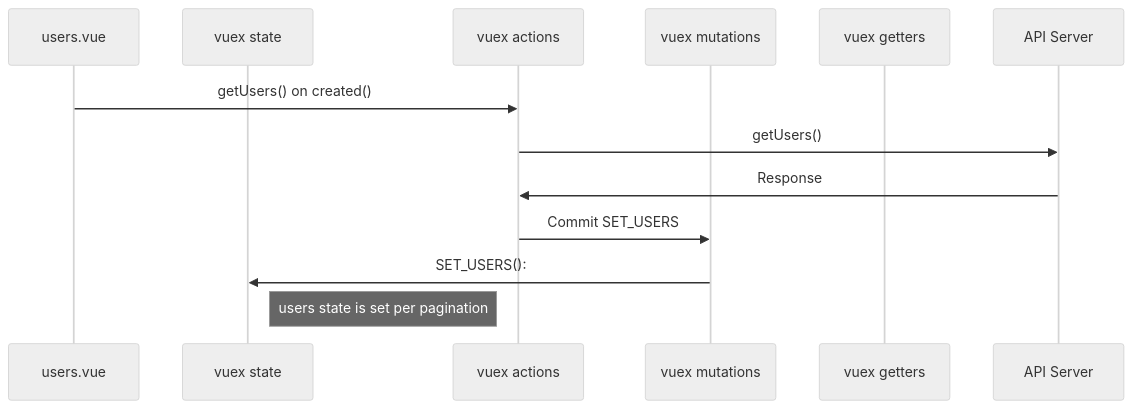
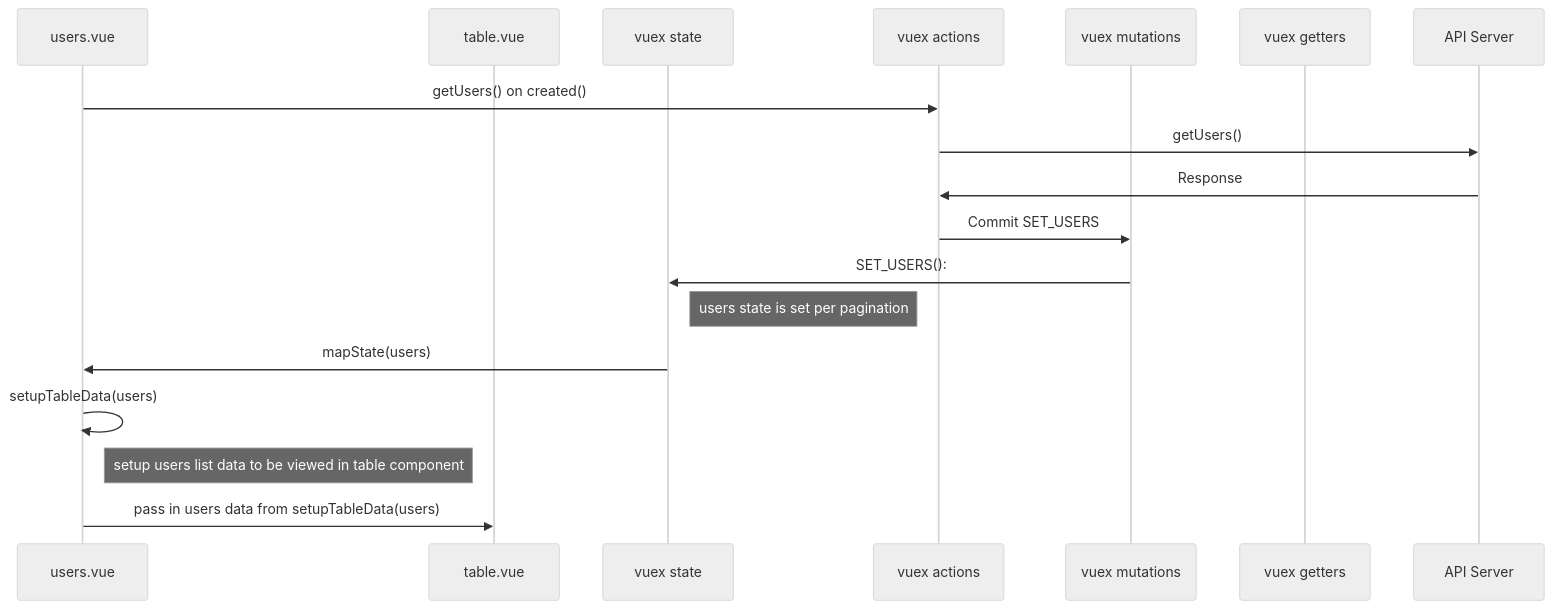
One commit to prath/Lv-Admin changed the diagram in src/views/users/Readme.md. Above: the diagram before and after it, drawn with Mermaid (neutral theme). The commit also changed 11 other files, not shown here.

````diff
--- a/src/views/users/Readme.md
+++ b/src/views/users/Readme.md
@@ -8,15 +8,20 @@
 ```mermaid
 sequenceDiagram;
   participant users.vue
+  participant table.vue
   participant vuex state
   participant vuex actions
   participant vuex mutations
   participant vuex getters
   participant API Server
   users.vue->>vuex actions: getUsers() on created()
   vuex actions->>API Server: getUsers()
   API Server->>vuex actions: Response
   vuex actions->>vuex mutations: Commit SET_USERS
   vuex mutations->>vuex state: SET_USERS():
   note right of vuex state: users state is set per pagination
+  vuex state->>users.vue: mapState(users)
+  users.vue->>users.vue: setupTableData(users)
+  note right of users.vue: setup users list data to be viewed in table component
+  users.vue->>table.vue: pass in users data from setupTableData(users)
 ```
````
